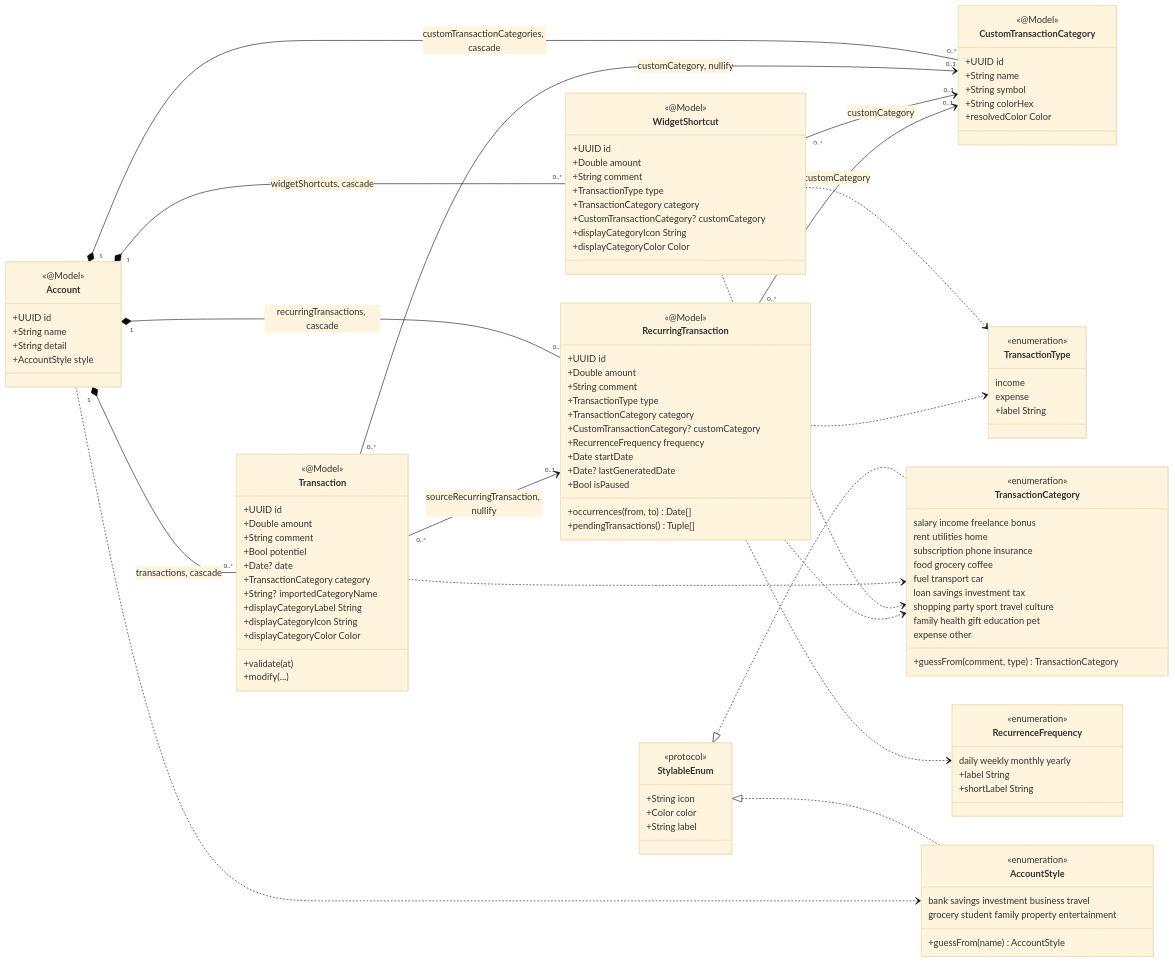
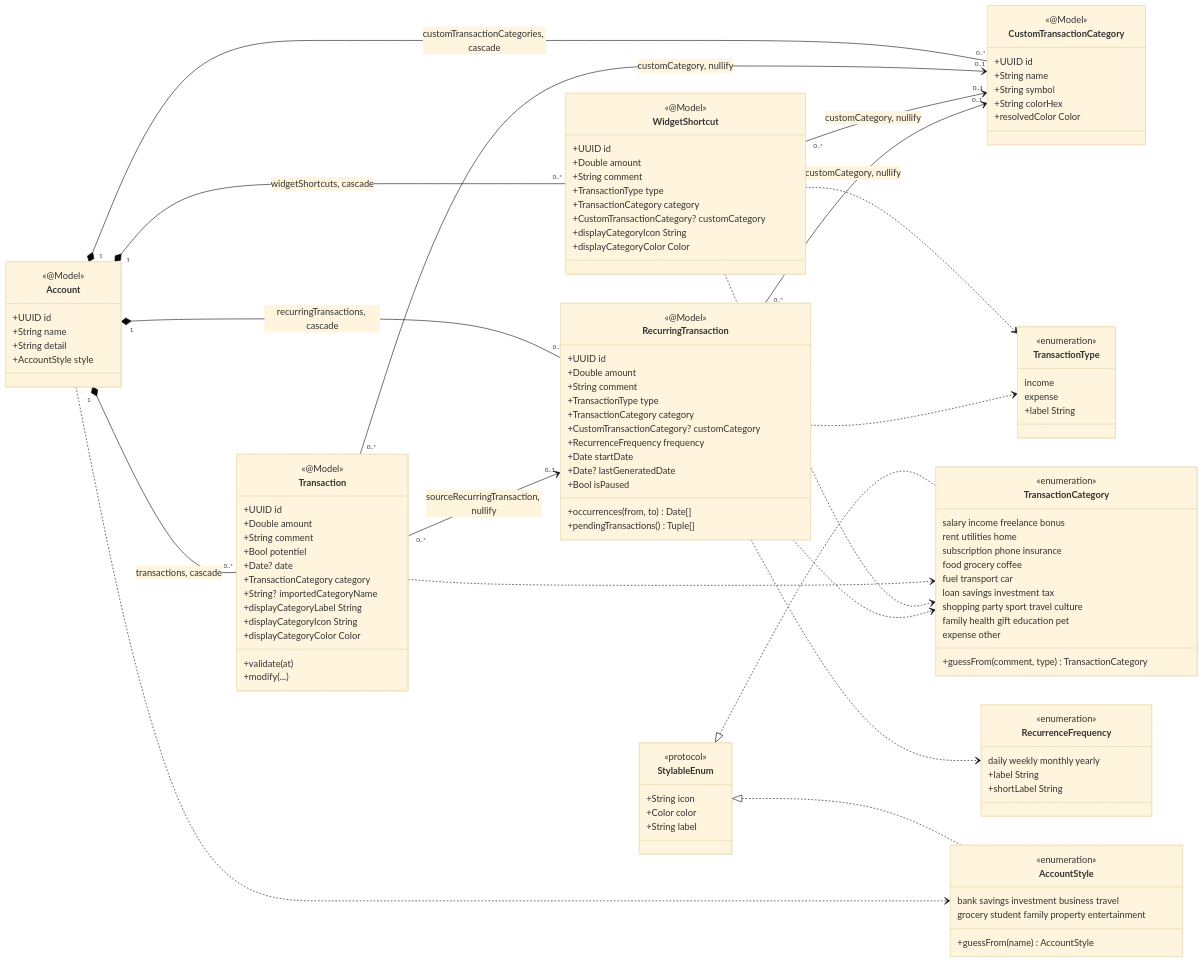
Before and after one commit to godefroy-reynaud/Finoria-iOS: the first of 3 diagrams in CLASS_DIAGRAM.md, drawn with Mermaid (base theme). The commit also changed 6 other files, not shown here.

First line of the commit message:
feat(schema): make customCategory inverses explicit via schema V2 migration

```diff
--- a/CLASS_DIAGRAM.md
+++ b/CLASS_DIAGRAM.md
@@ -120,8 +120,8 @@
     Account "1" *-- "0..*" CustomTransactionCategory : customTransactionCategories, cascade
 
     Transaction "0..*" --> "0..1" CustomTransactionCategory : customCategory, nullify
-    WidgetShortcut "0..*" --> "0..1" CustomTransactionCategory : customCategory
-    RecurringTransaction "0..*" --> "0..1" CustomTransactionCategory : customCategory
+    WidgetShortcut "0..*" --> "0..1" CustomTransactionCategory : customCategory, nullify
+    RecurringTransaction "0..*" --> "0..1" CustomTransactionCategory : customCategory, nullify
     Transaction "0..*" --> "0..1" RecurringTransaction : sourceRecurringTransaction, nullify
 
     StylableEnum <|.. AccountStyle
```
